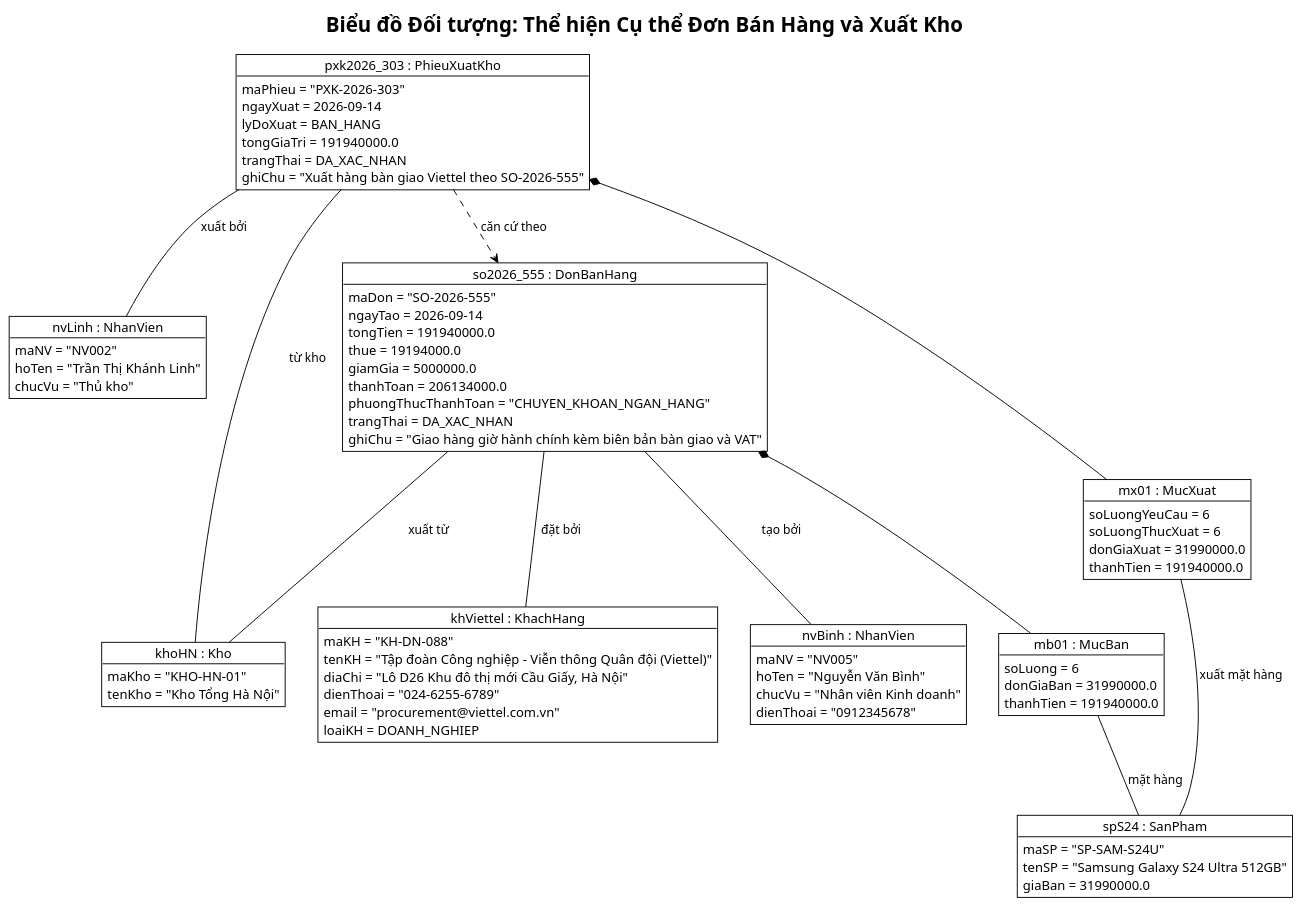
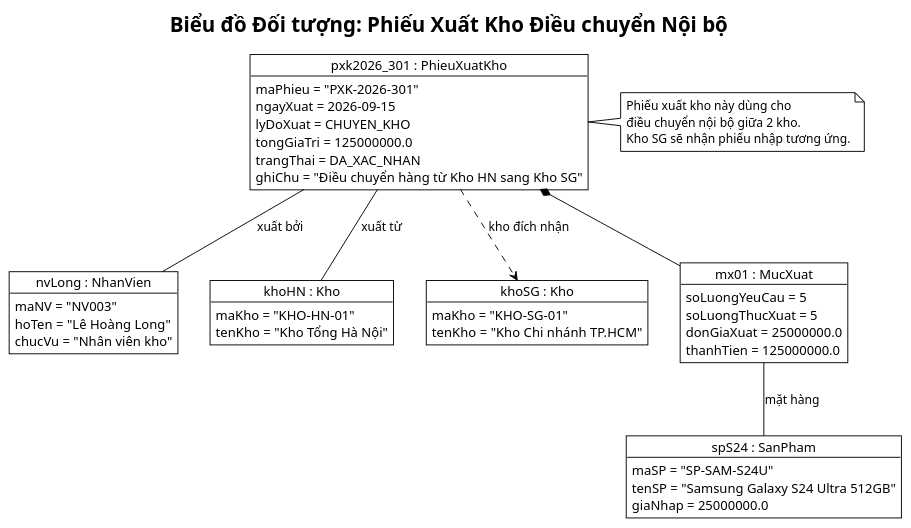
Before and after one commit to vuhoabinh2416137/G8_Quanlysanphamvakhohang: the second of 2 diagrams in BTL-QuanLyKhoHang/plantuml/object-diagrams.puml, drawn with PlantUML. The commit also changed other lines of this file and 61 other files, not shown here.

Commit message:
Refactor: Loai bo toan bo nghiep vu ban hang, tap trung chuyen sau Quan ly San pham va Kho hang (BTL IT3120)

```diff
--- a/BTL-QuanLyKhoHang/plantuml/object-diagrams.puml
+++ b/BTL-QuanLyKhoHang/plantuml/object-diagrams.puml
@@ -108,87 +107,60 @@
-@startuml object-diagram-don-ban-hang
+@startuml object-diagram-phieu-xuat-chuyen-kho
 !theme plain
 skinparam classAttributeIconSize 0
 skinparam defaultTextAlignment left
+skinparam defaultFontName "Arial"
 
-title Biểu đồ Đối tượng: Thể hiện Cụ thể Đơn Bán Hàng và Xuất Kho
+title Biểu đồ Đối tượng: Phiếu Xuất Kho Điều chuyển Nội bộ
 
-object "khViettel : KhachHang" as khViettel {
-    maKH = "KH-DN-088"
-    tenKH = "Tập đoàn Công nghiệp - Viễn thông Quân đội (Viettel)"
-    diaChi = "Lô D26 Khu đô thị mới Cầu Giấy, Hà Nội"
-    dienThoai = "024-6255-6789"
-    email = "procurement@viettel.com.vn"
-    loaiKH = DOANH_NGHIEP
-}
-
-object "nvBinh : NhanVien" as nvBinh {
-    maNV = "NV005"
-    hoTen = "Nguyễn Văn Bình"
-    chucVu = "Nhân viên Kinh doanh"
-    dienThoai = "0912345678"
-}
-
-object "nvLinh : NhanVien" as nvLinh {
-    maNV = "NV002"
-    hoTen = "Trần Thị Khánh Linh"
-    chucVu = "Thủ kho"
+object "nvLong : NhanVien" as nvLong {
+    maNV = "NV003"
+    hoTen = "Lê Hoàng Long"
+    chucVu = "Nhân viên kho"
 }
 
 object "khoHN : Kho" as khoHN {
     maKho = "KHO-HN-01"
     tenKho = "Kho Tổng Hà Nội"
 }
 
-object "so2026_555 : DonBanHang" as so2026 {
-    maDon = "SO-2026-555"
-    ngayTao = 2026-09-14
-    tongTien = 191940000.0
-    thue = 19194000.0
-    giamGia = 5000000.0
-    thanhToan = 206134000.0
-    phuongThucThanhToan = "CHUYEN_KHOAN_NGAN_HANG"
-    trangThai = DA_XAC_NHAN
-    ghiChu = "Giao hàng giờ hành chính kèm biên bản bàn giao và VAT"
+object "khoSG : Kho" as khoSG {
+    maKho = "KHO-SG-01"
+    tenKho = "Kho Chi nhánh TP.HCM"
 }
 
-object "mb01 : MucBan" as mb01 {
-    soLuong = 6
-    donGiaBan = 31990000.0
-    thanhTien = 191940000.0
+object "pxk2026_301 : PhieuXuatKho" as pxk2026 {
+    maPhieu = "PXK-2026-301"
+    ngayXuat = 2026-09-15
+    lyDoXuat = CHUYEN_KHO
+    tongGiaTri = 125000000.0
+    trangThai = DA_XAC_NHAN
+    ghiChu = "Điều chuyển hàng từ Kho HN sang Kho SG"
+}
+
+object "mx01 : MucXuat" as mx01 {
+    soLuongYeuCau = 5
+    soLuongThucXuat = 5
+    donGiaXuat = 25000000.0
+    thanhTien = 125000000.0
 }
 
 object "spS24 : SanPham" as spS24 {
     maSP = "SP-SAM-S24U"
     tenSP = "Samsung Galaxy S24 Ultra 512GB"
-    giaBan = 31990000.0
-}
-
-object "pxk2026_303 : PhieuXuatKho" as pxk2026 {
-    maPhieu = "PXK-2026-303"
-    ngayXuat = 2026-09-14
-    lyDoXuat = BAN_HANG
-    tongGiaTri = 191940000.0
-    trangThai = DA_XAC_NHAN
-    ghiChu = "Xuất hàng bàn giao Viettel theo SO-2026-555"
-}
-
-object "mx01 : MucXuat" as mx01 {
-    soLuongYeuCau = 6
-    soLuongThucXuat = 6
-    donGiaXuat = 31990000.0
-    thanhTien = 191940000.0
+    giaNhap = 25000000.0
 }
 
 ' Links
-so2026 -- khViettel : đặt bởi
-so2026 -- nvBinh : tạo bởi
-so2026 -- khoHN : xuất từ
-so2026 *-- mb01
-mb01 -- spS24 : mặt hàng
+pxk2026 -- khoHN : xuất từ
+pxk2026 -- nvLong : xuất bởi
+pxk2026 *-- mx01
+mx01 -- spS24 : mặt hàng
 
-pxk2026 ..> so2026 : căn cứ theo
-pxk2026 -- khoHN : từ kho
-pxk2026 -- nvLinh : xuất bởi
-pxk2026 *-- mx01
-mx01 -- spS24 : xuất mặt hàng
+note right of pxk2026
+    Phiếu xuất kho này dùng cho
+    điều chuyển nội bộ giữa 2 kho.
+    Kho SG sẽ nhận phiếu nhập tương ứng.
+end note
+
+pxk2026 ..> khoSG : kho đích nhận
 @enduml
```
